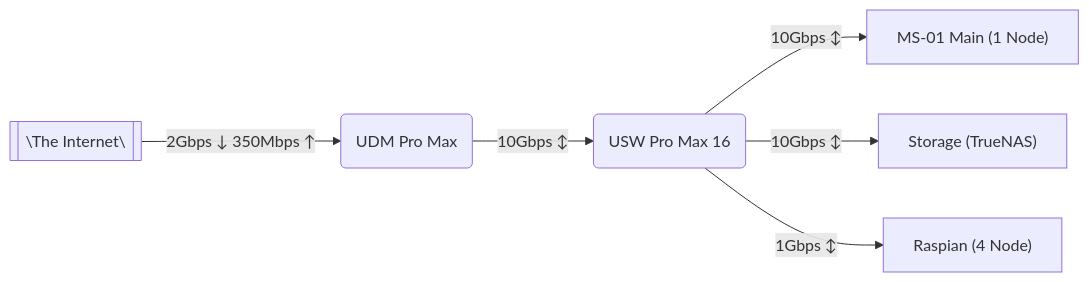
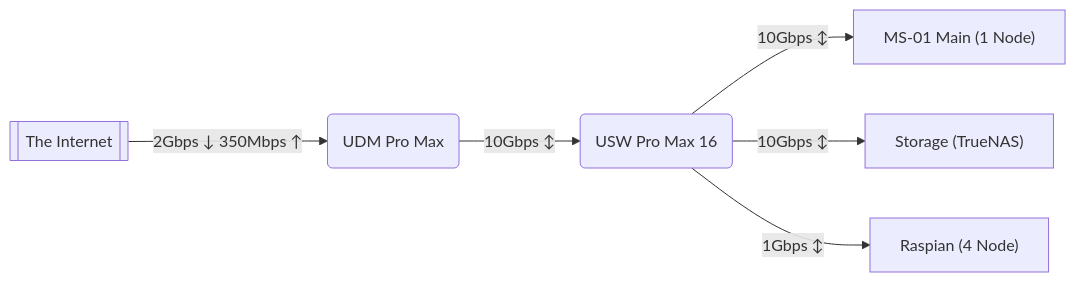
One commit to kashalls/home-cluster changed the diagram in README.md. Above: the diagram before and after it, drawn with Mermaid.

Commit message:
chore(readme): update network section

````diff
--- a/README.md
+++ b/README.md
@@ -67,8 +67,8 @@
 ```mermaid
 flowchart LR
-    A[["\"The Internet\""]] -- 2Gbps ↓ 350Mbps  ↑ --> B("UDM Pro Max");
+    A[[""The Internet""]] -- 2Gbps ↓ 350Mbps  ↑ --> B("UDM Pro Max");
     B -- 10Gbps ↕ --> C("USW Pro Max 16")
     C -- 10Gbps ↕ --> D["MS-01 Main (1 Node)"]
     C -- 10Gbps ↕ --> E["Storage (TrueNAS)"]
     C -- 1Gbps ↕ --> F["Raspian (4 Node)"]
 ```
````
